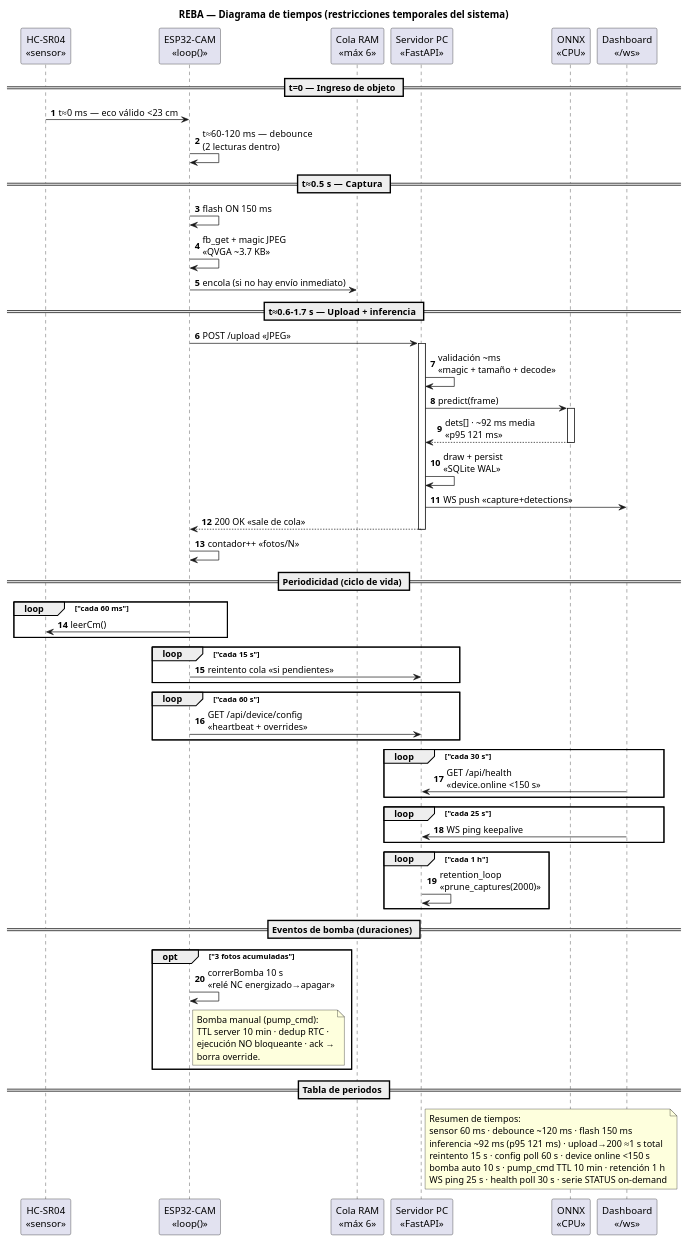
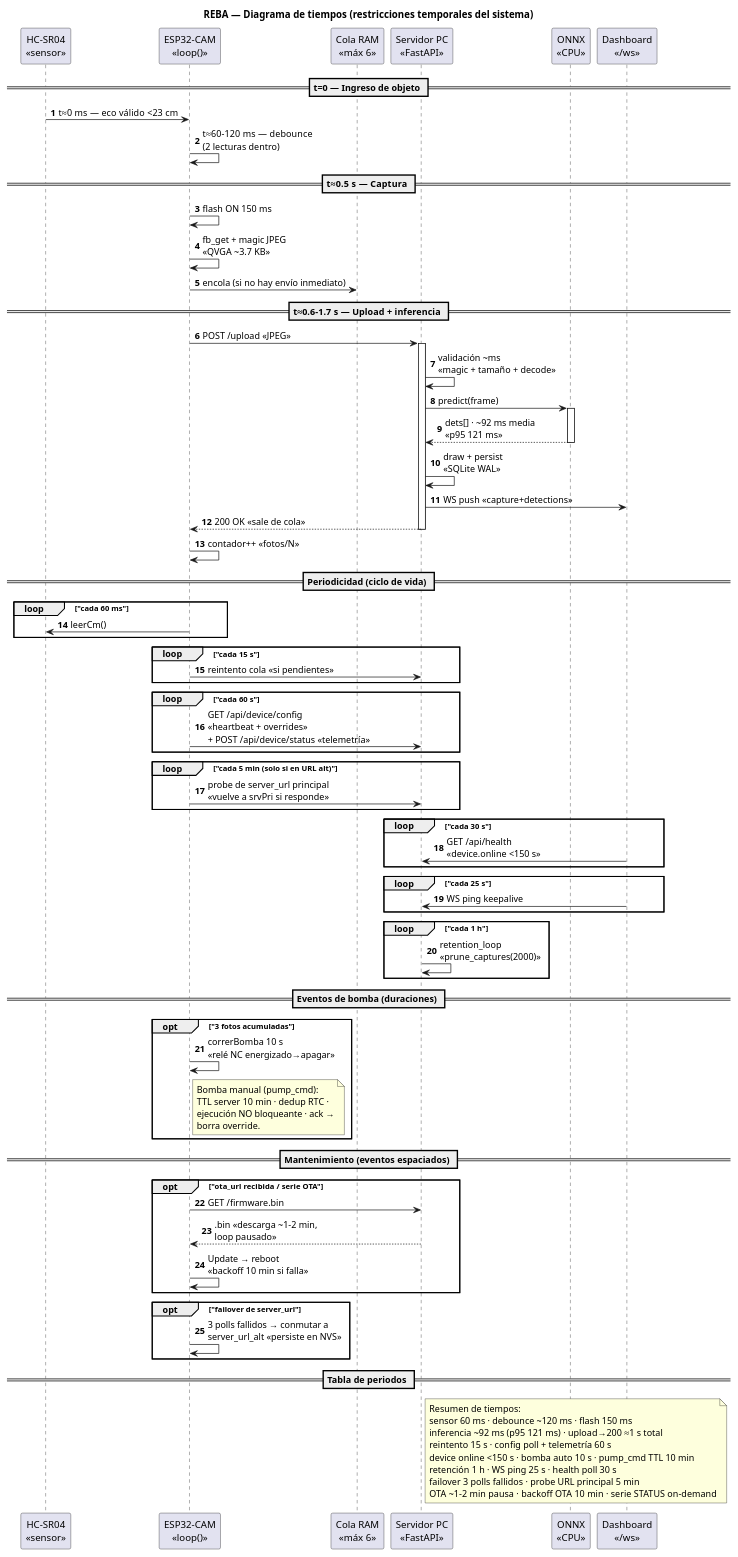
The diagram in docs/diagramas/uml/12_diagrama_tiempos.puml (SebasHdez2006/reba_project), drawn with PlantUML before and after one commit. The commit also changed 45 other files, not shown here.

First line of the commit message:
docs: diagramas UML y arquitectura actualizados al estado real del sistema

```diff
--- a/docs/diagramas/uml/12_diagrama_tiempos.puml
+++ b/docs/diagramas/uml/12_diagrama_tiempos.puml
@@ -1,81 +1,96 @@
 @startuml 12_diagrama_tiempos
 title REBA — Diagrama de tiempos (restricciones temporales del sistema)
 
 ' Aproximación: ejes de tiempo con los deadlines reales del firmware/server.
 ' PlantUML no tiene "timing diagram" nativo → se sintetiza con
 ' secuencia anotada por timestamps + tabla de periodos.
 
 autonumber
 
 participant "HC-SR04\n«sensor»" as sr
 participant "ESP32-CAM\n«loop()»" as esp
 participant "Cola RAM\n«máx 6»" as cola
 participant "Servidor PC\n«FastAPI»" as api
 participant "ONNX\n«CPU»" as onnx
 participant "Dashboard\n«/ws»" as dash
 
 == t=0 — Ingreso de objeto ==
 sr -> esp : t≈0 ms — eco válido <23 cm
 esp -> esp : t≈60–120 ms — debounce\n(2 lecturas dentro)
 
 == t≈0.5 s — Captura ==
 esp -> esp : flash ON 150 ms
 esp -> esp : fb_get + magic JPEG\n«QVGA ~3.7 KB»
 esp -> cola : encola (si no hay envío inmediato)
 
 == t≈0.6–1.7 s — Upload + inferencia ==
 esp -> api : POST /upload «JPEG»
 activate api
 api -> api : validación ~ms\n«magic + tamaño + decode»
 api -> onnx : predict(frame)
 activate onnx
 onnx --> api : dets[] · ~92 ms media\n«p95 121 ms»
 deactivate onnx
 api -> api : draw + persist\n«SQLite WAL»
 api -> dash : WS push «capture+detections»
 api --> esp : 200 OK «sale de cola»
 deactivate api
 esp -> esp : contador++ «fotos/N»
 
 == Periodicidad (ciclo de vida) ==
 loop "cada 60 ms"
   esp -> sr : leerCm()
 end
 loop "cada 15 s"
   esp -> api : reintento cola «si pendientes»
 end
 loop "cada 60 s"
-  esp -> api : GET /api/device/config\n«heartbeat + overrides»
+  esp -> api : GET /api/device/config\n«heartbeat + overrides»\n+ POST /api/device/status «telemetría»
+end
+loop "cada 5 min (solo si en URL alt)"
+  esp -> api : probe de server_url principal\n«vuelve a srvPri si responde»
 end
 loop "cada 30 s"
   dash -> api : GET /api/health\n«device.online <150 s»
 end
 loop "cada 25 s"
   dash -> api : WS ping keepalive
 end
 loop "cada 1 h"
   api -> api : retention_loop\n«prune_captures(2000)»
 end
 
 == Eventos de bomba (duraciones) ==
 opt "3 fotos acumuladas"
   esp -> esp : correrBomba 10 s\n«relé NC energizado→apagar»
   note right of esp
     Bomba manual (pump_cmd):
     TTL server 10 min · dedup RTC ·
     ejecución NO bloqueante · ack →
     borra override.
   end note
 end
 
+== Mantenimiento (eventos espaciados) ==
+opt "ota_url recibida / serie OTA"
+  esp -> api : GET /firmware.bin
+  api --> esp : .bin «descarga ~1–2 min,\nloop pausado»
+  esp -> esp : Update → reboot\n«backoff 10 min si falla»
+end
+opt "failover de server_url"
+  esp -> esp : 3 polls fallidos → conmutar a\nserver_url_alt «persiste en NVS»
+end
+
 == Tabla de periodos ==
 note right of api
   Resumen de tiempos:
   sensor 60 ms · debounce ~120 ms · flash 150 ms
   inferencia ~92 ms (p95 121 ms) · upload→200 ≈1 s total
-  reintento 15 s · config poll 60 s · device online <150 s
-  bomba auto 10 s · pump_cmd TTL 10 min · retención 1 h
-  WS ping 25 s · health poll 30 s · serie STATUS on-demand
+  reintento 15 s · config poll + telemetría 60 s
+  device online <150 s · bomba auto 10 s · pump_cmd TTL 10 min
+  retención 1 h · WS ping 25 s · health poll 30 s
+  failover 3 polls fallidos · probe URL principal 5 min
+  OTA ~1–2 min pausa · backoff OTA 10 min · serie STATUS on-demand
 end note
 
 @enduml
```
